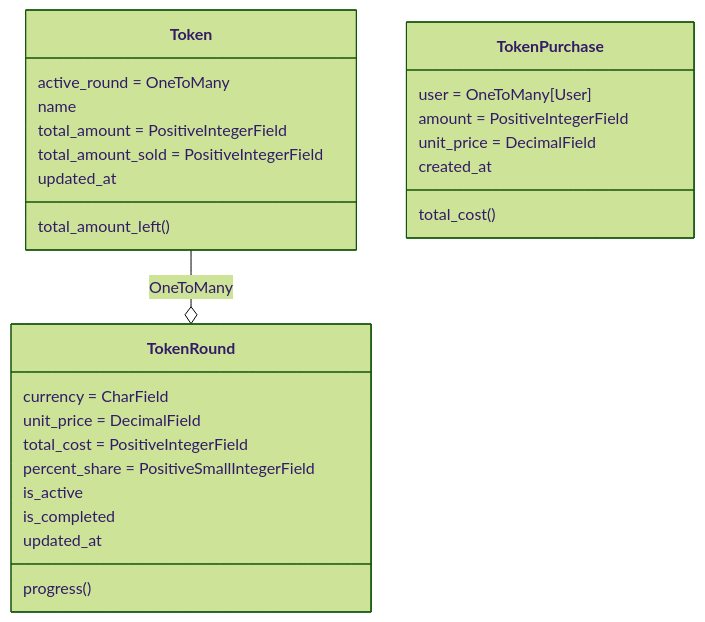
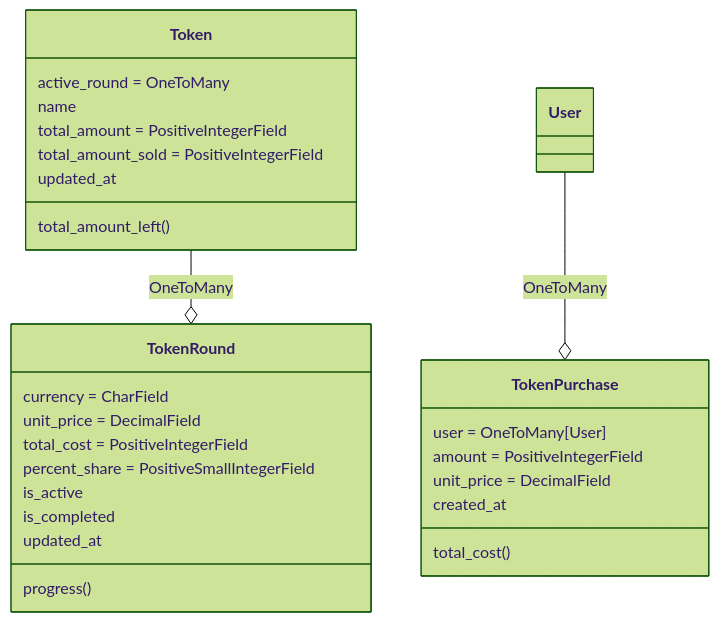
Before and after one commit to DmitryPi/market_django: the second of 3 diagrams in README.md, drawn with Mermaid (forest theme). The commit also changed 1 other file, not shown here.

Commit message:
Remove social

````diff
--- a/README.md
+++ b/README.md
@@ -95,34 +95,35 @@
 ```mermaid
 
 classDiagram
 
     Token --o TokenRound : OneToMany
+    User --o TokenPurchase : OneToMany
 
     class Token {
         active_round = OneToMany
         name
         total_amount = PositiveIntegerField
         total_amount_sold = PositiveIntegerField
         updated_at
         total_amount_left()
     }
 
     class TokenRound {
         currency = CharField
         unit_price = DecimalField
         total_cost = PositiveIntegerField
         percent_share = PositiveSmallIntegerField
         is_active
         is_completed
         updated_at
         progress()
     }
 
     class TokenPurchase {
         user = OneToMany[User]
         amount = PositiveIntegerField
         unit_price = DecimalField
         created_at
         total_cost()
     }
 ```
````
